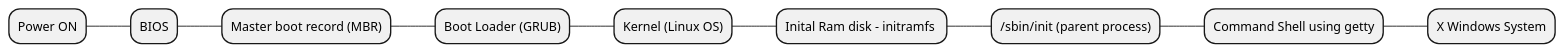
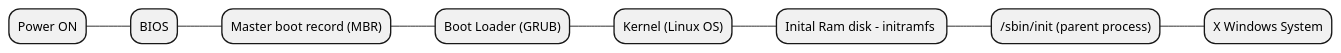
The diagram in posts/230120/diagram.puml (keramiozsoy/blog), drawn with PlantUML before and after one commit. The commit also changed 1 other file, not shown here.

Commit message:
Updates boot process diagram

```diff
--- a/posts/230120/diagram.puml
+++ b/posts/230120/diagram.puml
@@ -1,11 +1,10 @@
 @startmindmap
 * Power ON
 ** BIOS
 *** Master boot record (MBR)
 **** Boot Loader (GRUB)
 ***** Kernel (Linux OS)
 ****** Inital Ram disk - initramfs 
 ******* /sbin/init (parent process)
-********  Command Shell using getty
-********* X Windows System
+******** X Windows System
 @endmindmap
```
